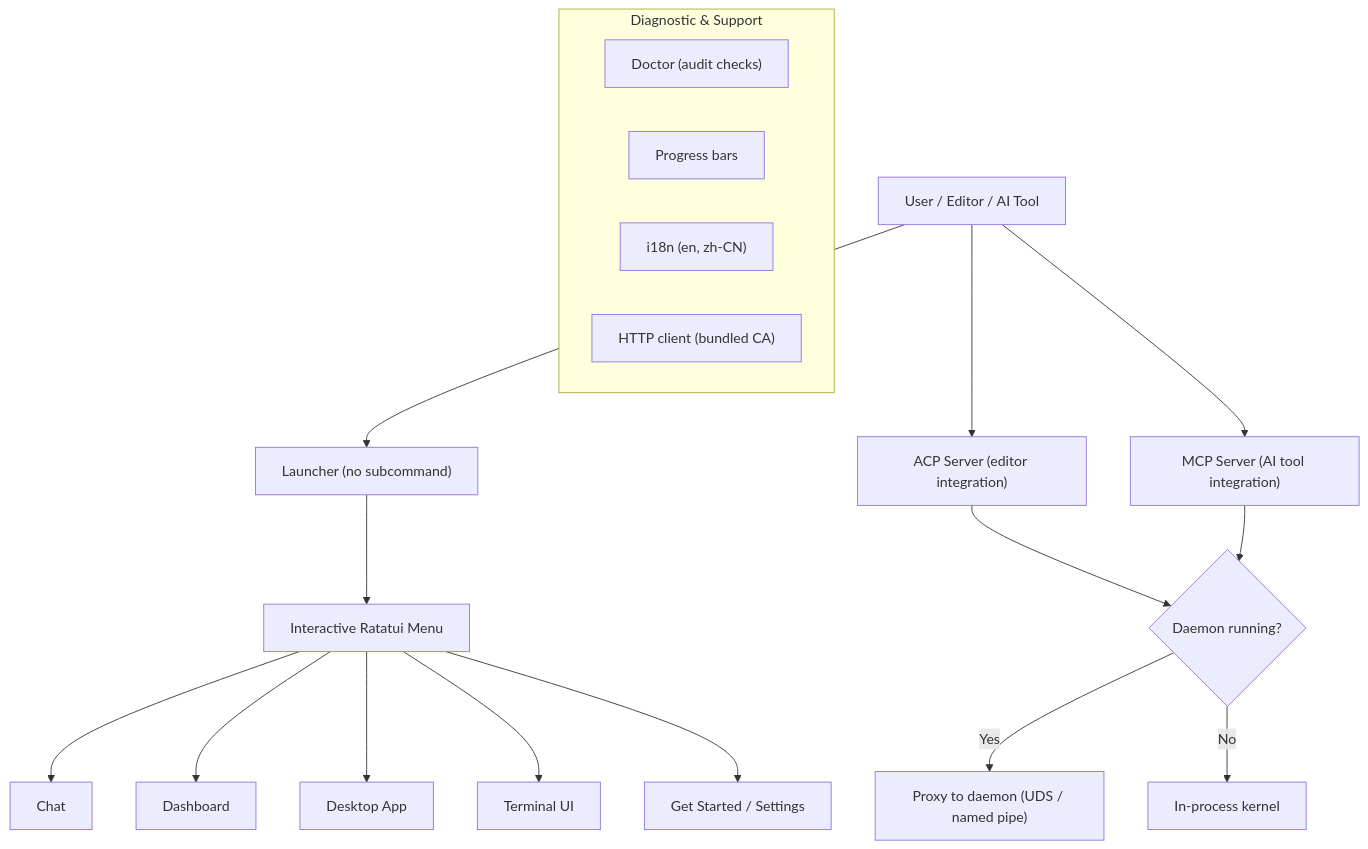
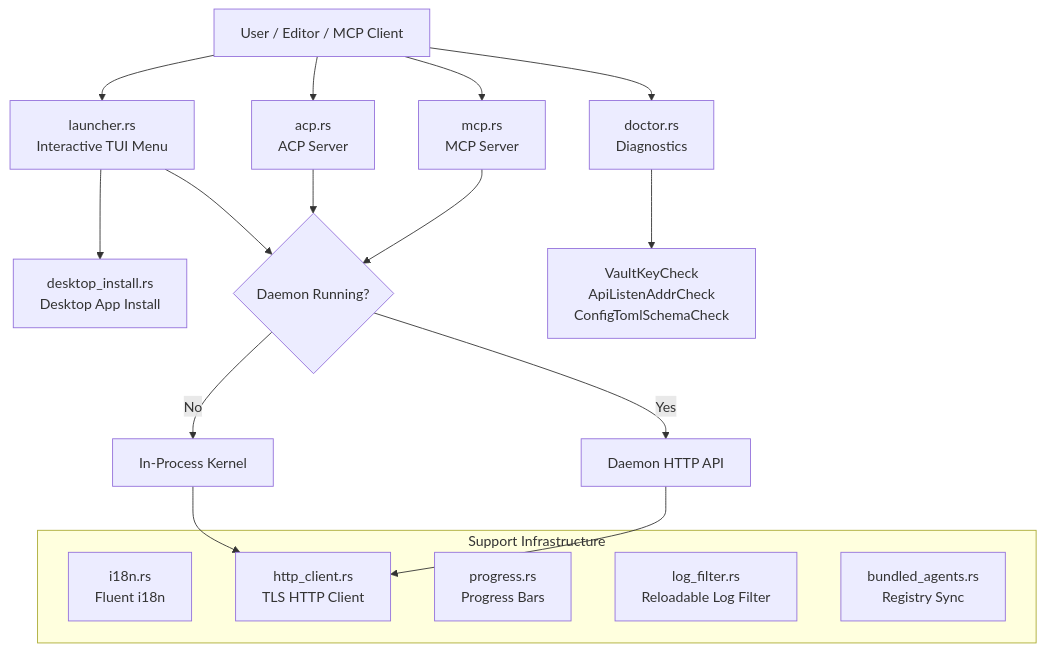
One commit to leszek3737/librefang-WIki changed the diagram in cli-terminal-ui.md. Above: the diagram before and after it, drawn with Mermaid. The commit also changed other lines of this file and 70 other files, not shown here.

````diff
--- a/cli-terminal-ui.md
+++ b/cli-terminal-ui.md
@@ -9,25 +9,29 @@
 ```mermaid
 graph TD
-    User["User / Editor / AI Tool"] --> Launcher["Launcher (no subcommand)"]
-    User --> ACP["ACP Server (editor integration)"]
-    User --> MCP["MCP Server (AI tool integration)"]
+    User[User / Editor / MCP Client] --> Launcher[launcher.rs<br/>Interactive TUI Menu]
+    User --> ACP[acp.rs<br/>ACP Server]
+    User --> MCP[mcp.rs<br/>MCP Server]
+    User --> Doctor[doctor.rs<br/>Diagnostics]
 
-    Launcher --> Menu["Interactive Ratatui Menu"]
-    Menu --> Chat["Chat"]
-    Menu --> Dashboard["Dashboard"]
-    Menu --> DesktopApp["Desktop App"]
-    Menu --> TUI["Terminal UI"]
-    Menu --> Setup["Get Started / Settings"]
+    Launcher --> Desktop[desktop_install.rs<br/>Desktop App Install]
+    Launcher --> Daemon{Daemon Running?}
 
-    ACP --> DaemonCheck{Daemon running?}
-    MCP --> DaemonCheck
-    DaemonCheck -->|Yes| DaemonProxy["Proxy to daemon (UDS / named pipe)"]
-    DaemonCheck -->|No| InProcess["In-process kernel"]
+    ACP --> Daemon
+    MCP --> Daemon
 
-    subgraph "Diagnostic & Support"
-        Doctor["Doctor (audit checks)"]
-        Progress["Progress bars"]
-        I18n["i18n (en, zh-CN)"]
-        HTTP["HTTP client (bundled CA)"]
+    Daemon -->|Yes| DaemonAPI[Daemon HTTP API]
+    Daemon -->|No| Kernel[In-Process Kernel]
+
+    Doctor --> AuditChecks[VaultKeyCheck<br/>ApiListenAddrCheck<br/>ConfigTomlSchemaCheck]
+
+    subgraph "Support Infrastructure"
+        I18N[i18n.rs<br/>Fluent i18n]
+        HTTP[http_client.rs<br/>TLS HTTP Client]
+        Progress[progress.rs<br/>Progress Bars]
+        LogFilter[log_filter.rs<br/>Reloadable Log Filter]
+        Bundled[bundled_agents.rs<br/>Registry Sync]
     end
+
+    Kernel --> HTTP
+    DaemonAPI --> HTTP
 ```
````
